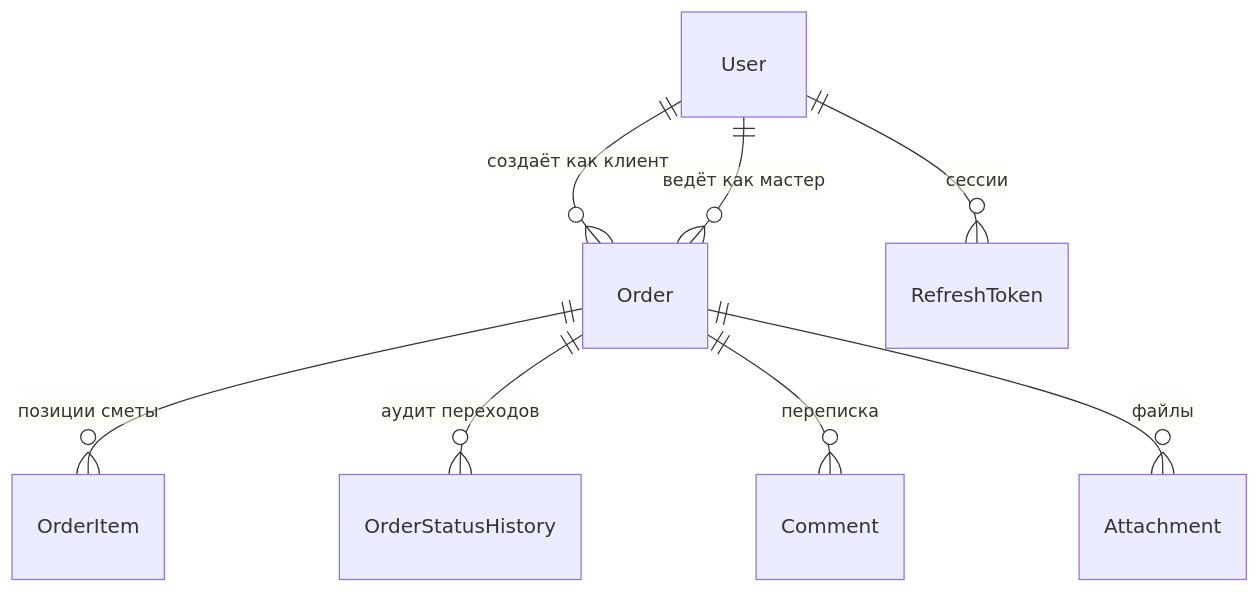
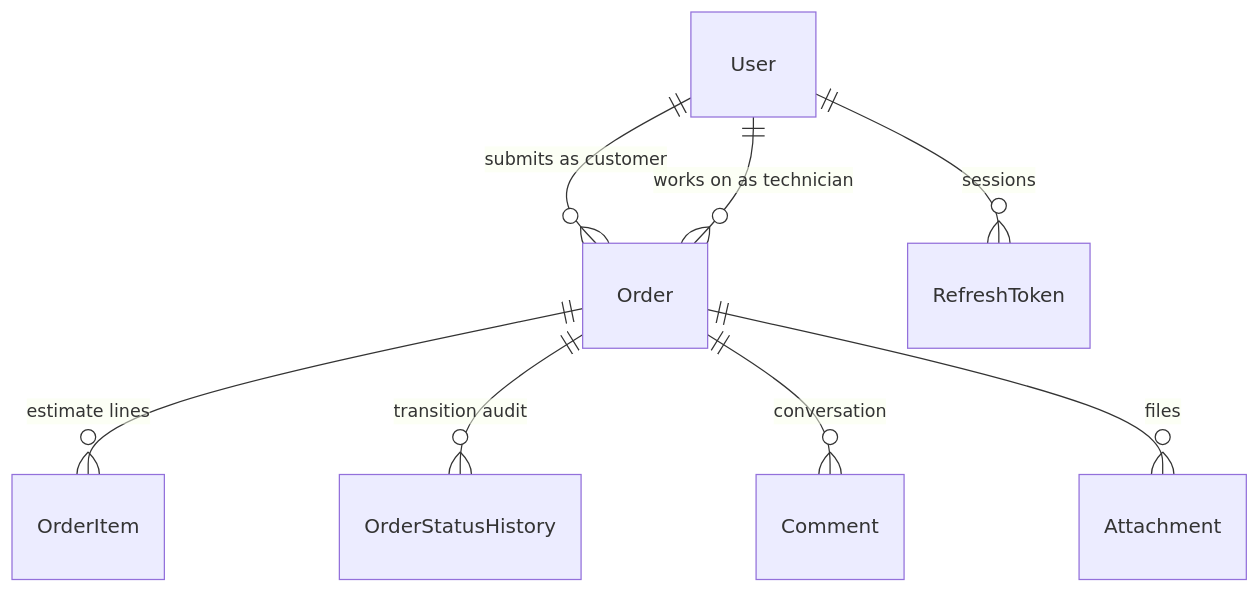
Before and after one commit to Argorice/RepairFlow: the diagram in README.md, drawn with Mermaid. The commit also changed other lines of this file and 12 other files, not shown here.

````diff
--- a/README.md
+++ b/README.md
@@ -40,10 +49,10 @@
 ```mermaid
 erDiagram
-    User ||--o{ Order : "создаёт как клиент"
-    User ||--o{ Order : "ведёт как мастер"
-    User ||--o{ RefreshToken : "сессии"
-    Order ||--o{ OrderItem : "позиции сметы"
-    Order ||--o{ OrderStatusHistory : "аудит переходов"
-    Order ||--o{ Comment : "переписка"
-    Order ||--o{ Attachment : "файлы"
+    User ||--o{ Order : "submits as customer"
+    User ||--o{ Order : "works on as technician"
+    User ||--o{ RefreshToken : "sessions"
+    Order ||--o{ OrderItem : "estimate lines"
+    Order ||--o{ OrderStatusHistory : "transition audit"
+    Order ||--o{ Comment : "conversation"
+    Order ||--o{ Attachment : "files"
 ```
````
